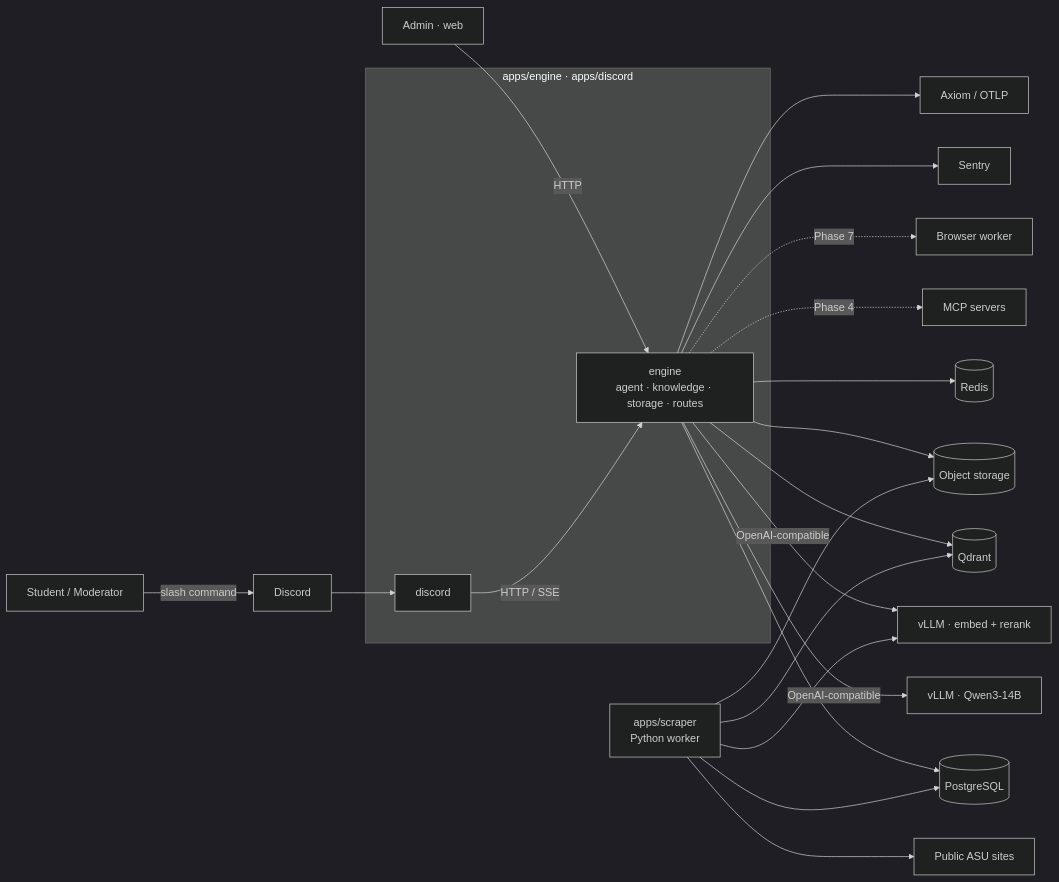
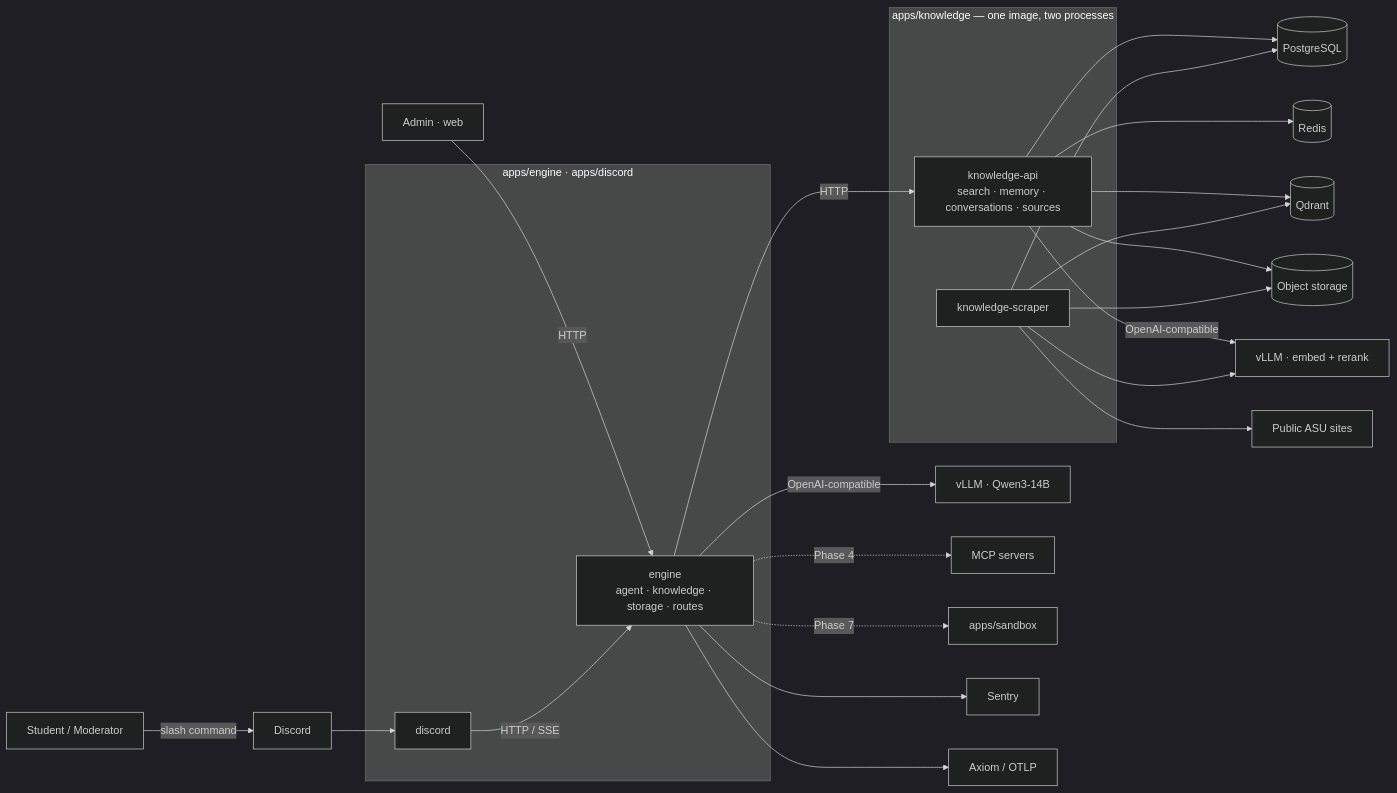
One commit to ashworks1706/SparkyAI changed the first of 9 diagrams in docs/ARCHITECTURE.md. Above: the diagram before and after it, drawn with Mermaid (dark theme). The commit also changed other lines of this file and 91 other files, not shown here.

First line of the commit message:
apps/knowledge: one service owns every store; engine holds no DB connections

````diff
--- a/docs/ARCHITECTURE.md
+++ b/docs/ARCHITECTURE.md
@@ -11,30 +11,35 @@
 ```mermaid
 flowchart LR
     U[Student / Moderator] -->|slash command| D[Discord]
     A[Admin · web] -->|HTTP| APP
 
     subgraph rust [apps/engine · apps/discord]
         BOT[discord]
         APP[engine<br/>agent · knowledge · storage · routes]
     end
     D --> BOT
     BOT -->|HTTP / SSE| APP
 
     APP -->|OpenAI-compatible| VLLM[vLLM · Qwen3-14B]
-    APP -->|OpenAI-compatible| EMB[vLLM · embed + rerank]
-    APP --> PG[(PostgreSQL)]
-    APP --> RD[(Redis)]
-    APP --> QD[(Qdrant)]
-    APP --> S3[(Object storage)]
+    APP -->|HTTP| KN
     APP -.->|Phase 4| MCP[MCP servers]
-    APP -.->|Phase 7| BW[Browser worker]
+    APP -.->|Phase 7| BW[apps/sandbox]
 
-    ING[apps/scraper<br/>Python worker] --> WEB[Public ASU sites]
+    subgraph knowledge [apps/knowledge — one image, two processes]
+        KN[knowledge-api<br/>search · memory · conversations · sources]
+        ING[knowledge-scraper]
+    end
+    KN --> PG[(PostgreSQL)]
+    KN --> RD[(Redis)]
+    KN --> QD[(Qdrant)]
+    KN --> S3[(Object storage)]
+    KN -->|OpenAI-compatible| EMB[vLLM · embed + rerank]
+    ING --> WEB[Public ASU sites]
     ING --> PG
     ING --> QD
     ING --> S3
     ING --> EMB
 
     APP --> SEN[Sentry]
     APP --> AX[Axiom / OTLP]
 ```
````
